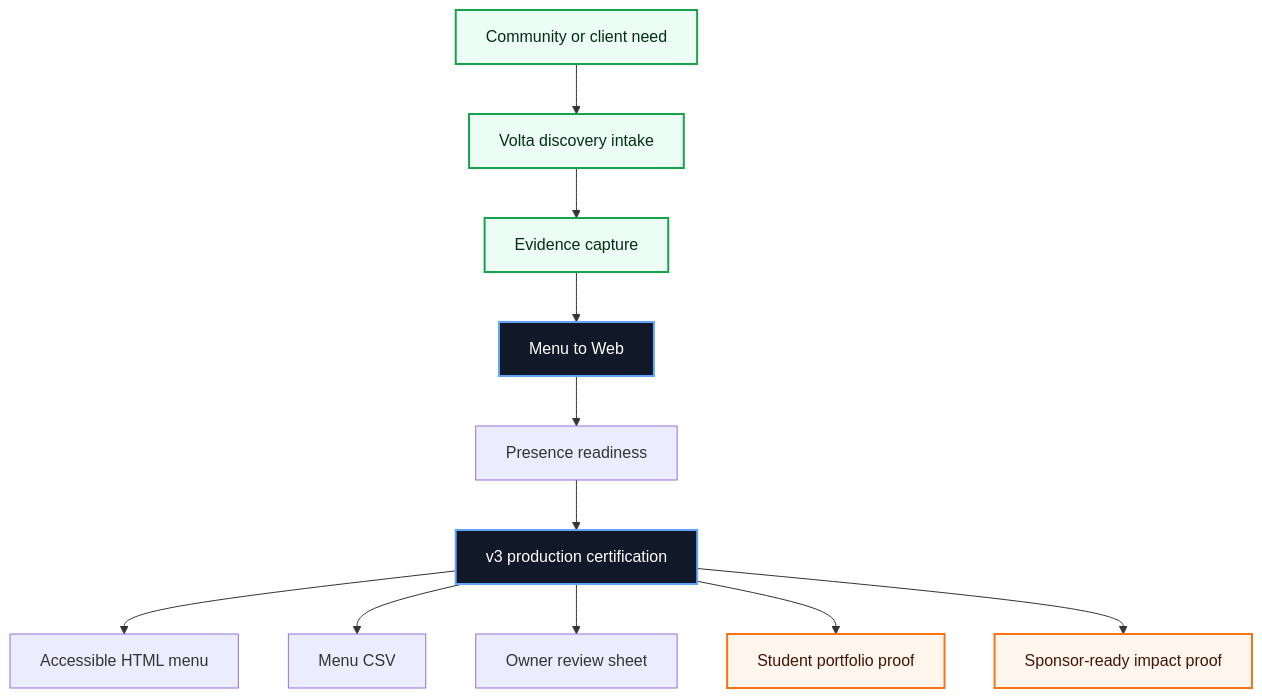
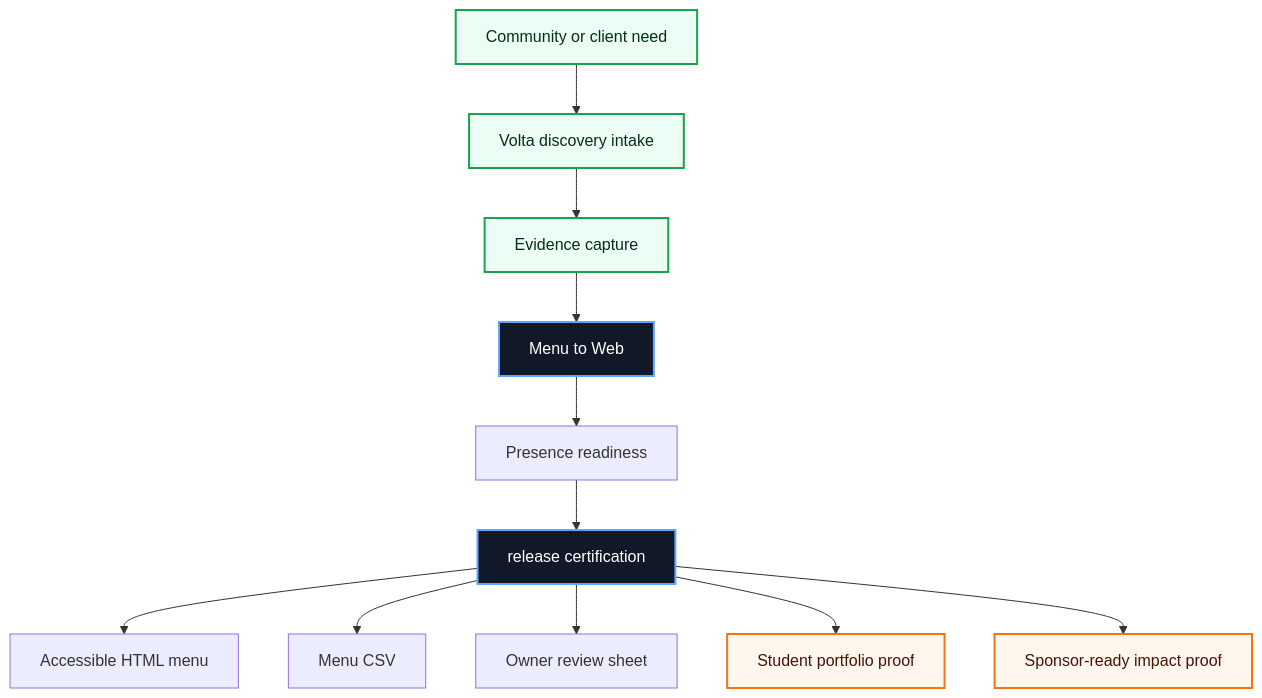
Before and after one commit to volta-npo/menu-to-web: the first of 3 diagrams in README.md, drawn with Mermaid. The commit also changed other lines of this file and 28 other files, not shown here.

````diff
--- a/README.md
+++ b/README.md
@@ -43,20 +43,20 @@
 ```mermaid
 flowchart TD
     Need["Community or client need"] --> Intake["Volta discovery intake"]
     Intake --> Evidence["Evidence capture"]
     Evidence --> Workbench["Menu to Web"]
     Workbench --> Score["Presence readiness"]
-    Score --> Cert["v3 production certification"]
+    Score --> Cert["release certification"]
     Cert --> A1["Accessible HTML menu"]
     Cert --> A2["Menu CSV"]
     Cert --> A3["Owner review sheet"]
     Cert --> Student["Student portfolio proof"]
     Cert --> Sponsor["Sponsor-ready impact proof"]
 
     classDef volta fill:#111827,stroke:#60a5fa,color:#ffffff,stroke-width:2px;
     classDef equity fill:#ecfdf5,stroke:#16a34a,color:#052e16,stroke-width:2px;
     classDef proof fill:#fff7ed,stroke:#f97316,color:#431407,stroke-width:2px;
     class Workbench,Cert volta;
     class Need,Intake,Evidence equity;
     class Student,Sponsor proof;
 ```
````
